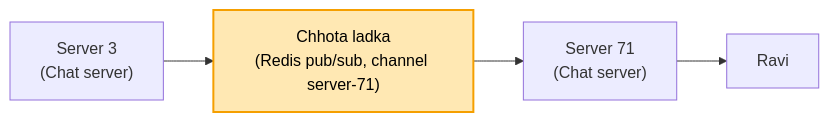
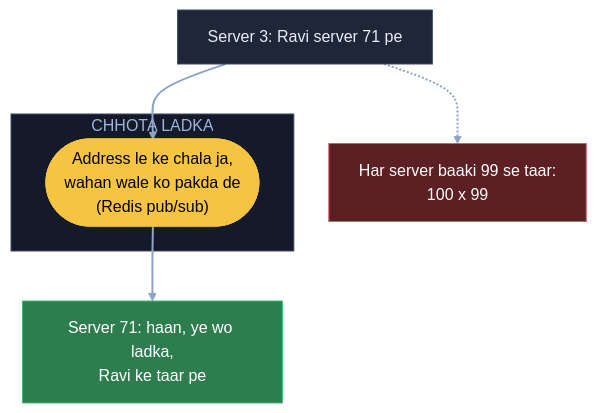
One commit to ArpanMaheshwari144/Prep changed the fourth of 12 diagrams in 04_HLD/SYSTEM_DESIGNS/14_chat_messaging/14_chat_messaging.md. Above: the diagram before and after it, drawn with Mermaid. The commit also changed other lines of this file, not shown here.

Commit message:
Chat: 12 diagram hand notes ke shabdon se

````diff
--- a/04_HLD/SYSTEM_DESIGNS/14_chat_messaging/14_chat_messaging.md
+++ b/04_HLD/SYSTEM_DESIGNS/14_chat_messaging/14_chat_messaging.md
@@ -89,7 +122,18 @@
 ```mermaid
-flowchart LR
-    S3["Server 3<br/>(Chat server)"] --> L["Chhota ladka<br/>(Redis pub/sub, channel server-71)"]
-    L --> S71["Server 71<br/>(Chat server)"]
-    S71 --> R["Ravi"]
-    style L fill:#ffe8b3,stroke:#f59f00,stroke-width:2px,color:#000
+flowchart TB
+    S3["Server 3: Ravi server 71 pe"]:::card
+    X["Har server baaki 99 se taar:<br/>100 x 99"]:::bad
+    subgraph CL["CHHOTA LADKA"]
+        P(["Address le ke chala ja,<br/>wahan wale ko pakda de<br/>(Redis pub/sub)"]):::pill
+    end
+    S71["Server 71: haan, ye wo ladka,<br/>Ravi ke taar pe"]:::good
+    S3 -.-> X
+    S3 --> P
+    P --> S71
+    linkStyle default stroke:#8fa3c7,stroke-width:2px
+    classDef card fill:#1e2638,stroke:#3a4a6b,color:#e8ecf5
+    classDef pill fill:#f5c542,stroke:#f5c542,color:#000
+    classDef good fill:#2e7d4f,stroke:#3fbf6f,color:#fff
+    classDef bad fill:#5c1f24,stroke:#e05561,color:#fff
+    style CL fill:#141a29,stroke:#3a4a6b,color:#9fb3d9
 ```
````
